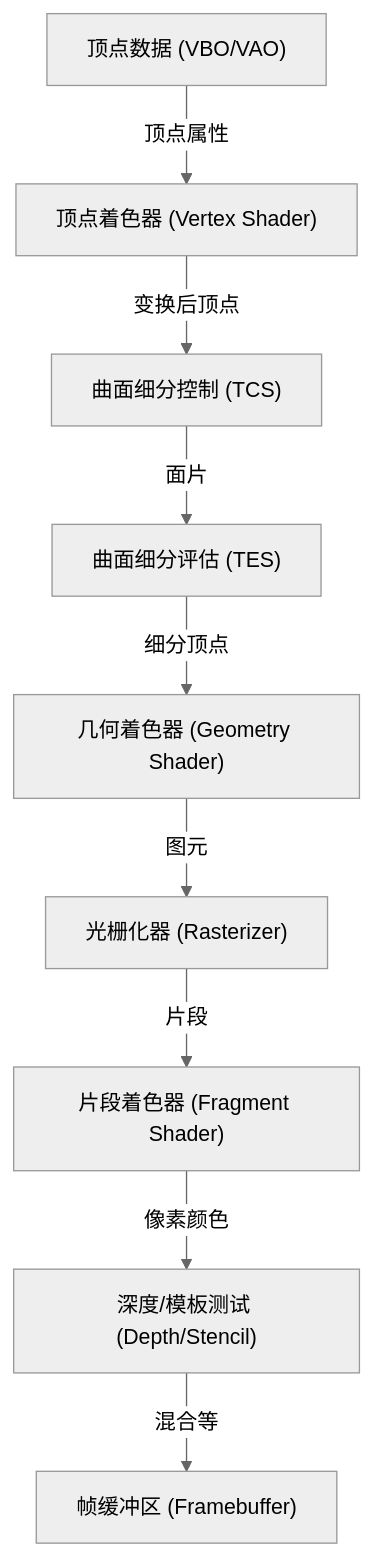
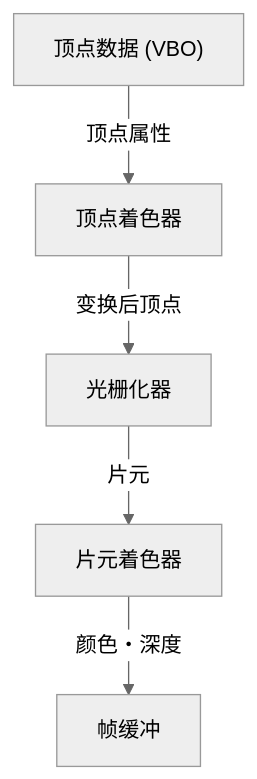
The second of 2 diagrams in content/post/opengl-basics-and-history/index.zh-cn.md (kenjinote/blog), drawn with Mermaid (neutral theme) before and after one commit. The commit also changed other lines of this file and 129 other files, not shown here.

````diff
--- a/content/post/opengl-basics-and-history/index.zh-cn.md
+++ b/content/post/opengl-basics-and-history/index.zh-cn.md
@@ -69,21 +48,7 @@
 ```mermaid
 graph TD
-    VBO["顶点数据 (VBO/VAO)"]
-    VS["顶点着色器 (Vertex Shader)"]
-    TC["曲面细分控制 (TCS)"]
-    TE["曲面细分评估 (TES)"]
-    GS["几何着色器 (Geometry Shader)"]
-    RS["光栅化器 (Rasterizer)"]
-    FS["片段着色器 (Fragment Shader)"]
-    TEST["深度/模板测试 (Depth/Stencil)"]
-    FB["帧缓冲区 (Framebuffer)"]
-
-    VBO -- "顶点属性" --> VS
-    VS -- "变换后顶点" --> TC
-    TC -- "面片" --> TE
-    TE -- "细分顶点" --> GS
-    GS -- "图元" --> RS
-    RS -- "片段" --> FS
-    FS -- "像素颜色" --> TEST
-    TEST -- "混合等" --> FB
+    VBO["顶点数据 (VBO)"] -- "顶点属性" --> VS["顶点着色器"]
+    VS -- "变换后顶点" --> RS["光栅化器"]
+    RS -- "片元" --> FS["片元着色器"]
+    FS -- "颜色・深度" --> FB["帧缓冲"]
 ```
````
